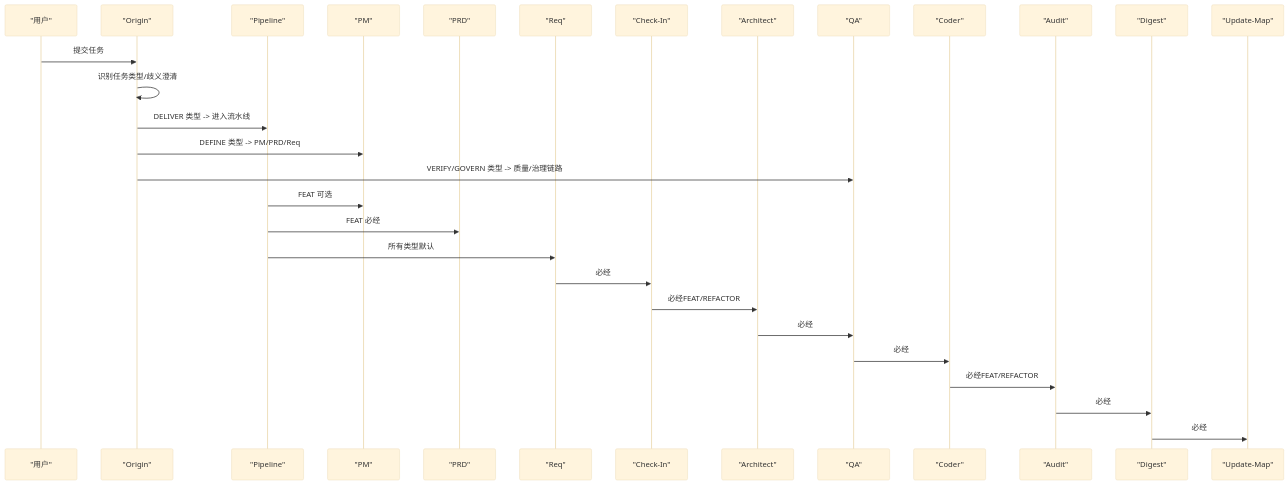
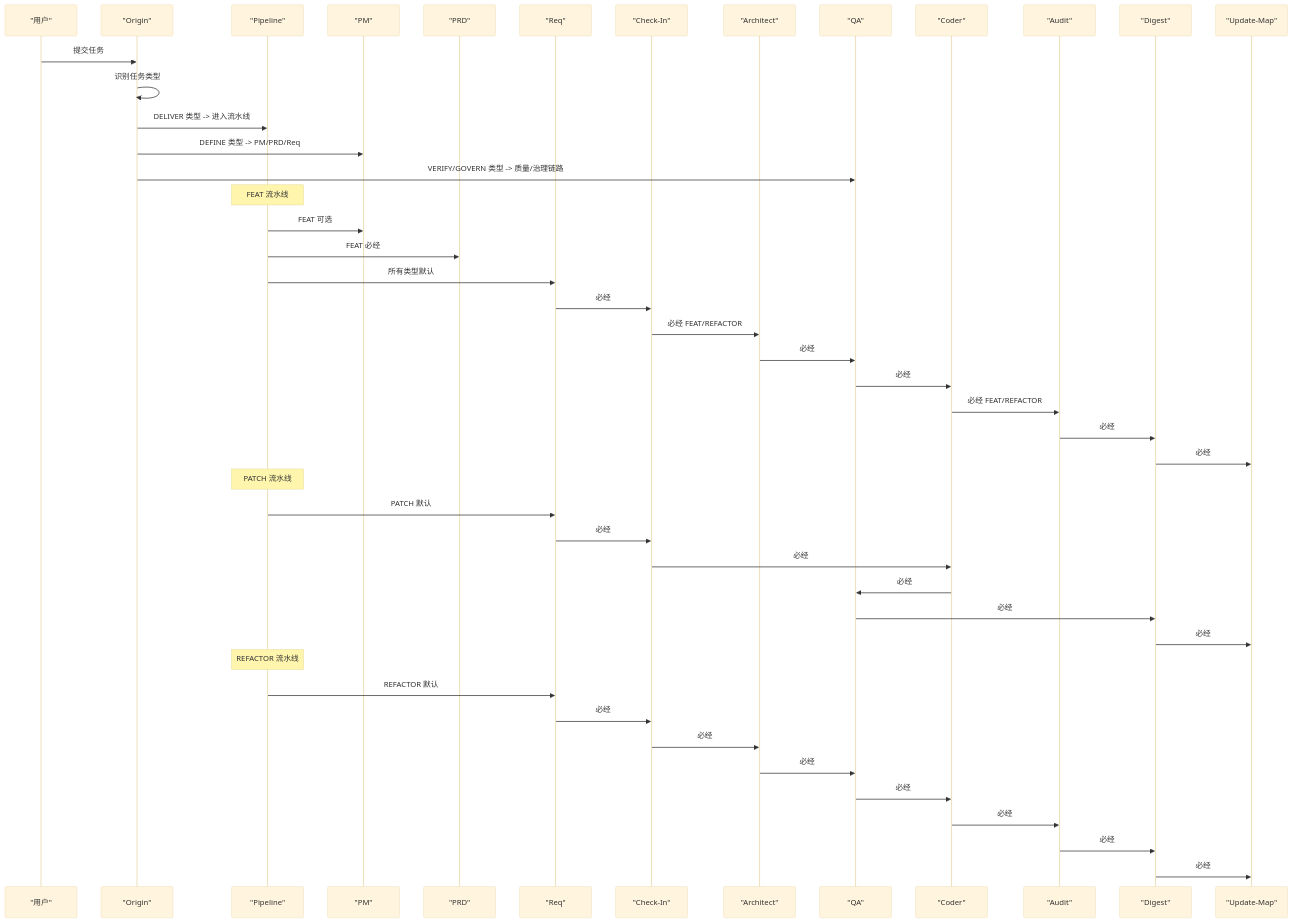
The second of 6 diagrams in .qoder/repowiki/zh/content/核心技能详解/核心技能详解.md (CryptoLinxu/Web3-AI-Agent), drawn with Mermaid (base theme) before and after one commit. The commit also changed other lines of this file and 15 other files, not shown here.

````diff
--- a/.qoder/repowiki/zh/content/核心技能详解/核心技能详解.md
+++ b/.qoder/repowiki/zh/content/核心技能详解/核心技能详解.md
@@ -108,31 +136,48 @@
 ```mermaid
 sequenceDiagram
 participant U as "用户"
 participant OR as "Origin"
 participant PL as "Pipeline"
 participant PM as "PM"
 participant PRD as "PRD"
 participant REQ as "Req"
 participant CI as "Check-In"
 participant AR as "Architect"
 participant QA as "QA"
 participant CD as "Coder"
 participant AU as "Audit"
 participant DG as "Digest"
 participant UM as "Update-Map"
 U->>OR : 提交任务
-OR->>OR : 识别任务类型/歧义澄清
+OR->>OR : 识别任务类型
 OR->>PL : DELIVER 类型 -> 进入流水线
 OR->>PM : DEFINE 类型 -> PM/PRD/Req
 OR->>QA : VERIFY/GOVERN 类型 -> 质量/治理链路
+Note over PL : FEAT 流水线
 PL->>PM : FEAT 可选
 PL->>PRD : FEAT 必经
 PL->>REQ : 所有类型默认
 REQ->>CI : 必经
-CI->>AR : 必经FEAT/REFACTOR
+CI->>AR : 必经 FEAT/REFACTOR
 AR->>QA : 必经
 QA->>CD : 必经
-CD->>AU : 必经FEAT/REFACTOR
+CD->>AU : 必经 FEAT/REFACTOR
+AU->>DG : 必经
+DG->>UM : 必经
+Note over PL : PATCH 流水线
+PL->>REQ : PATCH 默认
+REQ->>CI : 必经
+CI->>CD : 必经
+CD->>QA : 必经
+QA->>DG : 必经
+DG->>UM : 必经
+Note over PL : REFACTOR 流水线
+PL->>REQ : REFACTOR 默认
+REQ->>CI : 必经
+CI->>AR : 必经
+AR->>QA : 必经
+QA->>CD : 必经
+CD->>AU : 必经
 AU->>DG : 必经
 DG->>UM : 必经
 ```
````
